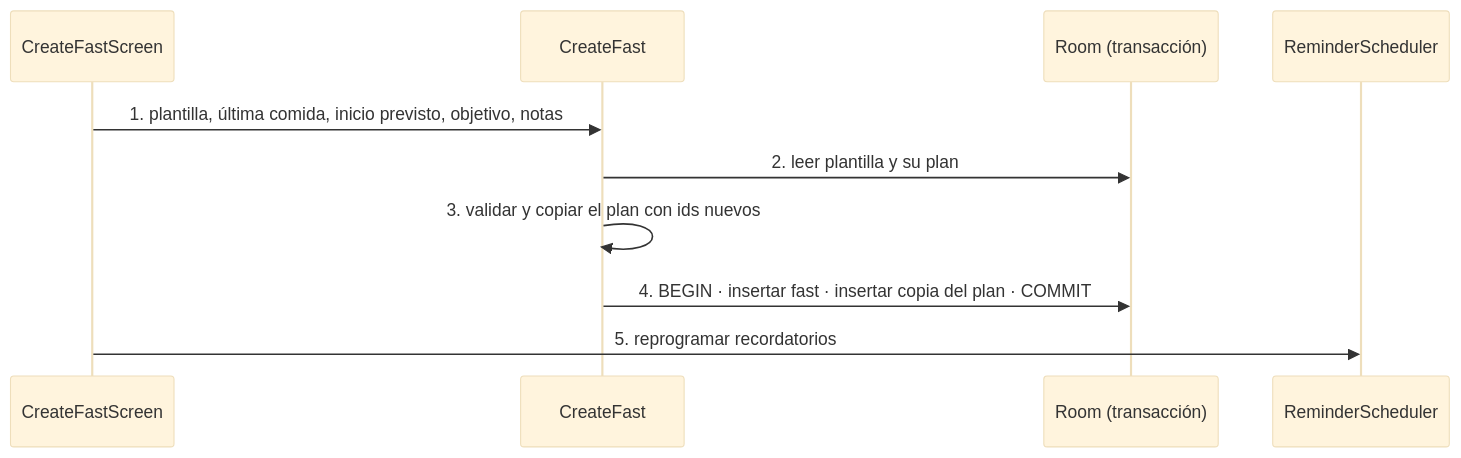
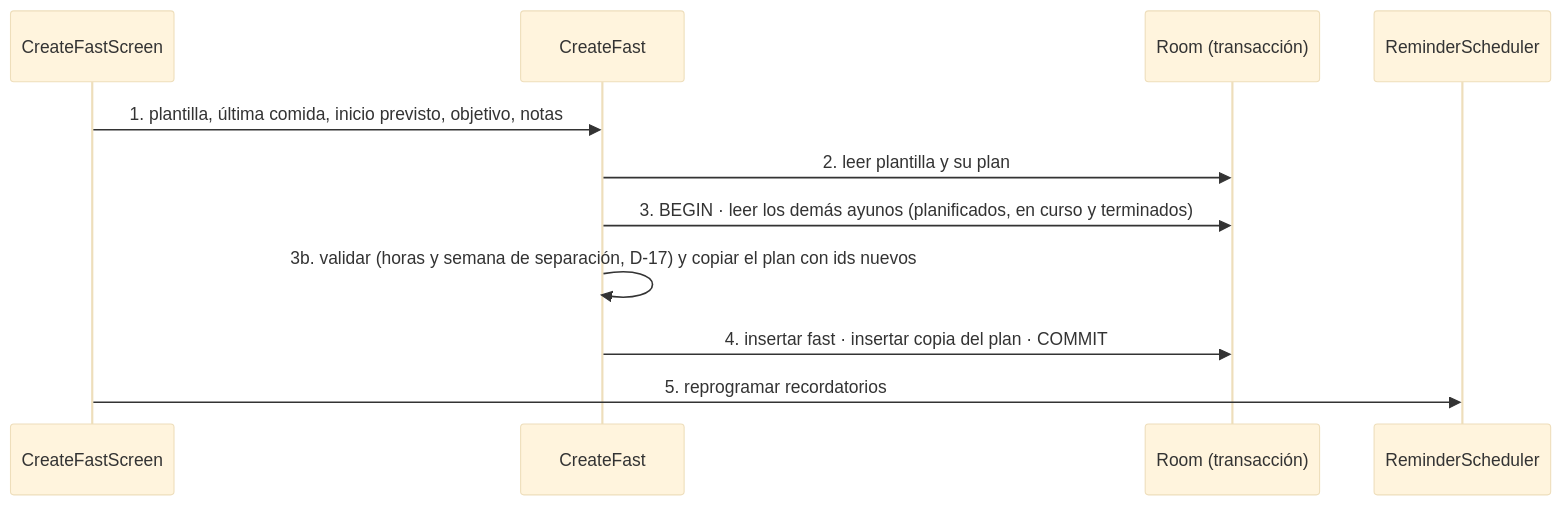
Before and after one commit to vjaeng/ayuno-app: the diagram in specs/TRANSACCIONES-CLAVE/crear-ayuno.md, drawn with Mermaid (base theme). The commit also changed other lines of this file and 63 other files, not shown here.

First line of the commit message:
EV-001 y EV-002: cambiar y borrar ayunos; pestaña Planificados

````diff
--- a/specs/TRANSACCIONES-CLAVE/crear-ayuno.md
+++ b/specs/TRANSACCIONES-CLAVE/crear-ayuno.md
@@ -7,12 +7,13 @@
 ```mermaid
 sequenceDiagram
     participant UI as CreateFastScreen
     participant UC as CreateFast
     participant DB as Room (transacción)
     participant R as ReminderScheduler
     UI->>UC: 1. plantilla, última comida, inicio previsto, objetivo, notas
     UC->>DB: 2. leer plantilla y su plan
-    UC->>UC: 3. validar y copiar el plan con ids nuevos
-    UC->>DB: 4. BEGIN · insertar fast · insertar copia del plan · COMMIT
+    UC->>DB: 3. BEGIN · leer los demás ayunos (planificados, en curso y terminados)
+    UC->>UC: 3b. validar (horas y semana de separación, D-17) y copiar el plan con ids nuevos
+    UC->>DB: 4. insertar fast · insertar copia del plan · COMMIT
     UI->>R: 5. reprogramar recordatorios
 ```
````
